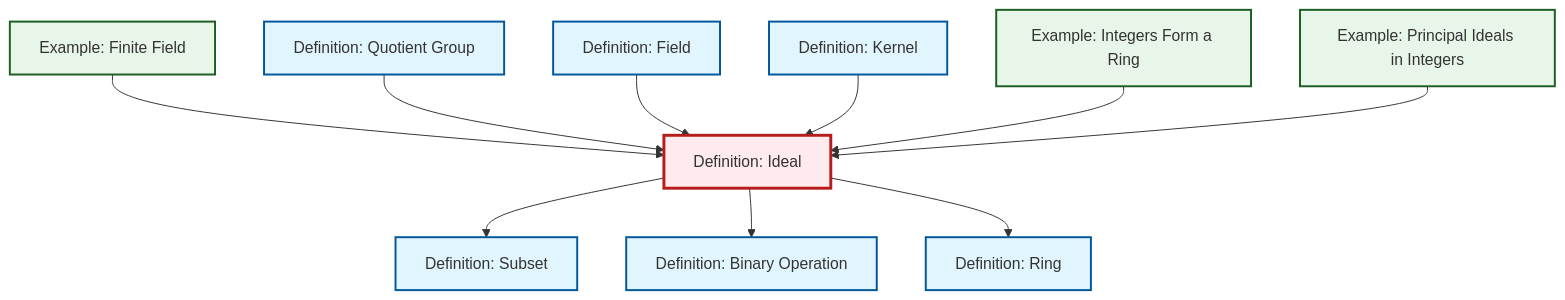
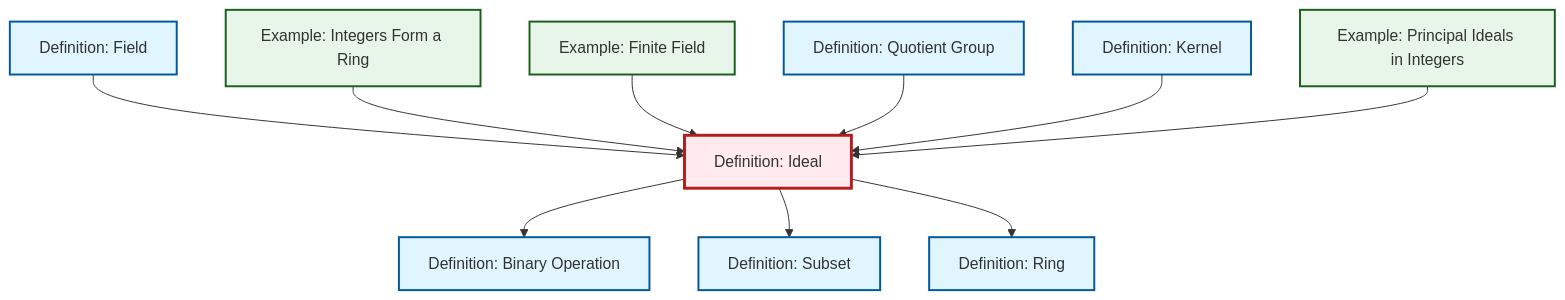
Before and after one commit to RK0429/ModernMath: the diagram in content/ja/algebra/def-ideal.qmd, drawn with Mermaid. The commit also changed other lines of this file and 615 other files, not shown here.

````diff
--- a/content/ja/algebra/def-ideal.qmd
+++ b/content/ja/algebra/def-ideal.qmd
@@ -80,38 +80,38 @@
 ```{mermaid}
 %%| fig-cap: "Local dependency graph"
 graph TD
     classDef definition fill:#e1f5fe,stroke:#01579b,stroke-width:2px
     classDef theorem fill:#f3e5f5,stroke:#4a148c,stroke-width:2px
     classDef axiom fill:#fff3e0,stroke:#e65100,stroke-width:2px
     classDef example fill:#e8f5e9,stroke:#1b5e20,stroke-width:2px
     classDef current fill:#ffebee,stroke:#b71c1c,stroke-width:3px
+    def-kernel["Definition: Kernel"]:::definition
+    def-subset["Definition: Subset"]:::definition
     def-ideal["Definition: Ideal"]:::definition
+    def-binary-operation["Definition: Binary Operation"]:::definition
     def-field["Definition: Field"]:::definition
+    ex-integers-ring["Example: Integers Form a Ring"]:::example
+    def-ring["Definition: Ring"]:::definition
+    ex-finite-field["Example: Finite Field"]:::example
+    ex-principal-ideal["Example: Principal Ideals in Integers"]:::example
     def-quotient-group["Definition: Quotient Group"]:::definition
-    def-ring["Definition: Ring"]:::definition
-    ex-principal-ideal["Example: Principal Ideals in Integers"]:::example
-    def-kernel["Definition: Kernel"]:::definition
-    ex-integers-ring["Example: Integers Form a Ring"]:::example
-    ex-finite-field["Example: Finite Field"]:::example
-    def-subset["Definition: Subset"]:::definition
-    def-binary-operation["Definition: Binary Operation"]:::definition
+    def-field --> def-ideal
+    ex-integers-ring --> def-ideal
     ex-finite-field --> def-ideal
     def-quotient-group --> def-ideal
-    def-field --> def-ideal
     def-kernel --> def-ideal
-    ex-integers-ring --> def-ideal
+    def-ideal --> def-binary-operation
+    def-ideal --> def-subset
     ex-principal-ideal --> def-ideal
-    def-ideal --> def-subset
-    def-ideal --> def-binary-operation
     def-ideal --> def-ring
     class def-ideal current
-    click def-field "def-field.html" "Definition: Fieldへ"
-    click def-quotient-group "def-quotient-group.html" "Definition: Quotient Groupへ"
-    click def-ring "def-ring.html" "Definition: Ringへ"
-    click ex-principal-ideal "ex-principal-ideal.html" "Example: Principal Ideals in Integersへ"
     click def-kernel "def-kernel.html" "Definition: Kernelへ"
-    click ex-integers-ring "ex-integers-ring.html" "Example: Integers Form a Ringへ"
-    click ex-finite-field "ex-finite-field.html" "Example: Finite Fieldへ"
     click def-subset "def-subset.html" "Definition: Subsetへ"
     click def-binary-operation "def-binary-operation.html" "Definition: Binary Operationへ"
+    click def-field "def-field.html" "Definition: Fieldへ"
+    click ex-integers-ring "ex-integers-ring.html" "Example: Integers Form a Ringへ"
+    click def-ring "def-ring.html" "Definition: Ringへ"
+    click ex-finite-field "ex-finite-field.html" "Example: Finite Fieldへ"
+    click ex-principal-ideal "ex-principal-ideal.html" "Example: Principal Ideals in Integersへ"
+    click def-quotient-group "def-quotient-group.html" "Definition: Quotient Groupへ"
 ```
````
